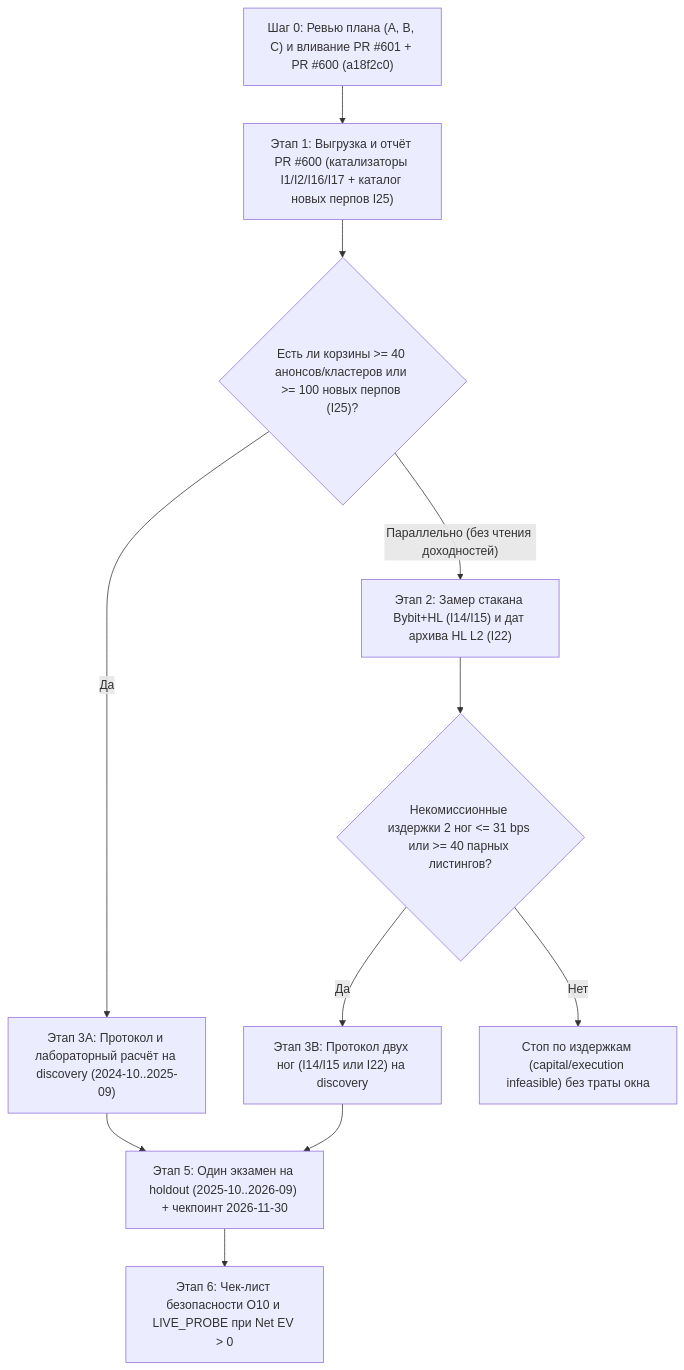
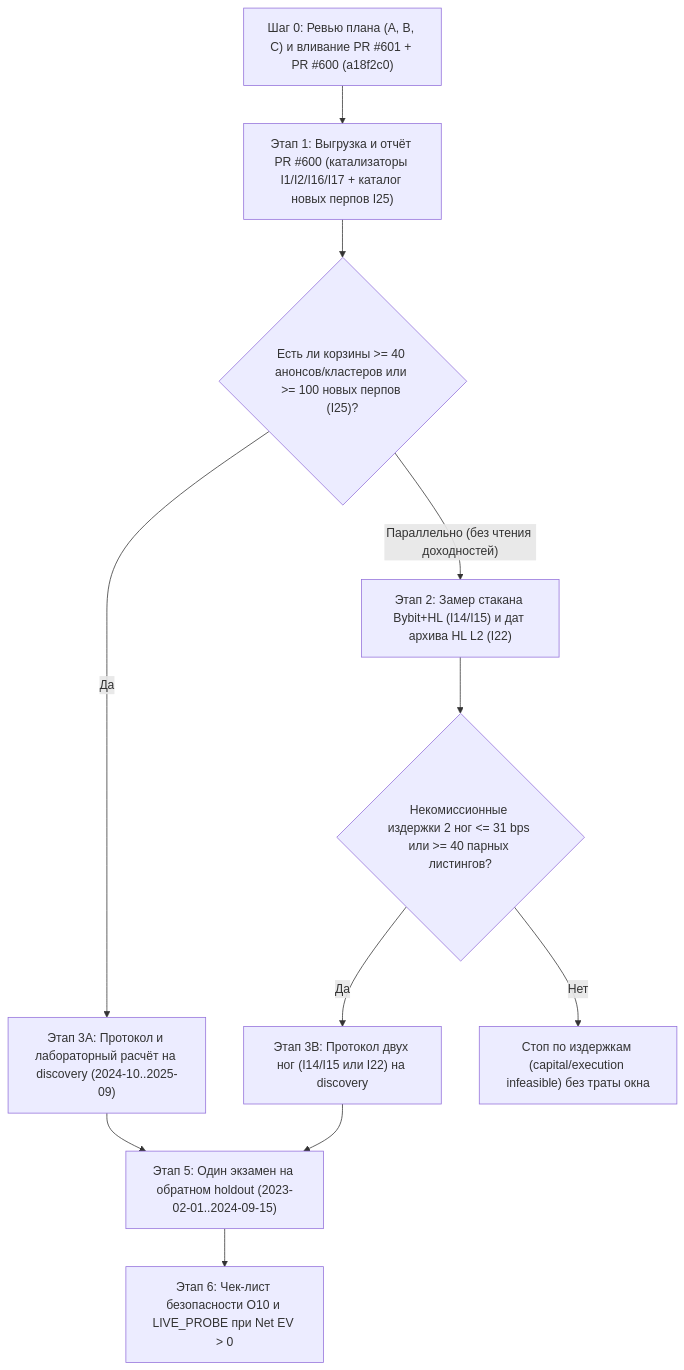
Before and after one commit to mavlevich/schurfer: the diagram in docs/consilium/plan.md, drawn with Mermaid. The commit also changed other lines of this file and 3 other files, not shown here.

````diff
--- a/docs/consilium/plan.md
+++ b/docs/consilium/plan.md
@@ -57,13 +61,13 @@
 ```mermaid
 flowchart TD
     S0["Шаг 0: Ревью плана (A, B, C) и вливание PR #601 + PR #600 (a18f2c0)"] --> S1["Этап 1: Выгрузка и отчёт PR #600 (катализаторы I1/I2/I16/I17 + каталог новых перпов I25)"]
     S1 --> G1{"Есть ли корзины >= 40 анонсов/кластеров или >= 100 новых перпов (I25)?"}
     G1 -- "Да" --> S3A["Этап 3A: Протокол и лабораторный расчёт на discovery (2024-10..2025-09)"]
     G1 -- "Параллельно (без чтения доходностей)" --> S2["Этап 2: Замер стакана Bybit+HL (I14/I15) и дат архива HL L2 (I22)"]
     S2 --> G2{"Некомиссионные издержки 2 ног <= 31 bps или >= 40 парных листингов?"}
     G2 -- "Да" --> S3B["Этап 3B: Протокол двух ног (I14/I15 или I22) на discovery"]
     G2 -- "Нет" --> STOP2["Стоп по издержкам (capital/execution infeasible) без траты окна"]
-    S3A --> S5["Этап 5: Один экзамен на holdout (2025-10..2026-09) + чекпоинт 2026-11-30"]
+    S3A --> S5["Этап 5: Один экзамен на обратном holdout (2023-02-01..2024-09-15)"]
     S3B --> S5
     S5 --> S6["Этап 6: Чек-лист безопасности O10 и LIVE_PROBE при Net EV > 0"]
 ```
````
